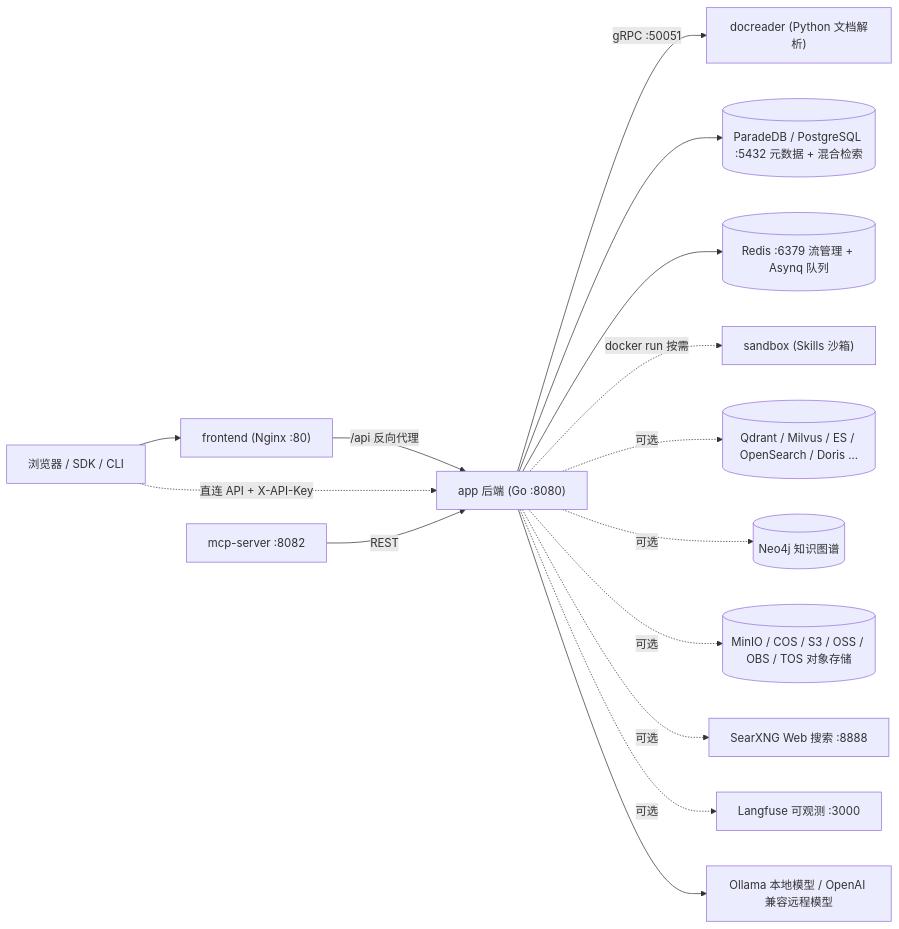
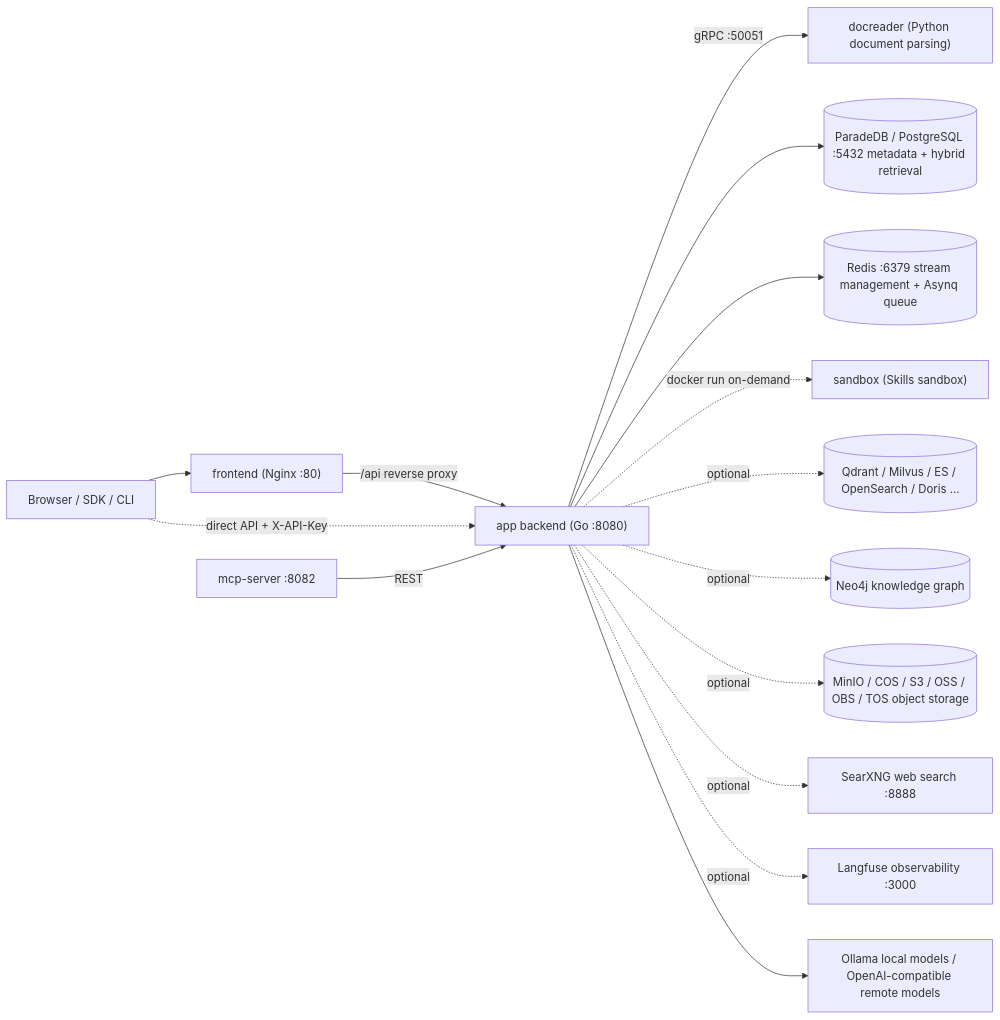
The second of 2 diagrams in website-docs/01-getting-started/01-introduction.md (quantmind-br/WeKnora), drawn with Mermaid before and after one commit. The commit also changed other lines of this file and 27 other files, not shown here.

First line of the commit message:
i18n: translate remaining docs diagrams, anchors, code samples and API examples

````diff
--- a/website-docs/01-getting-started/01-introduction.md
+++ b/website-docs/01-getting-started/01-introduction.md
@@ -141,17 +141,17 @@
 ```mermaid
 flowchart LR
-    Browser["浏览器 / SDK / CLI"] --> FE["frontend (Nginx :80)"]
-    FE -- "/api 反向代理" --> APP["app 后端 (Go :8080)"]
-    Browser -. "直连 API + X-API-Key" .-> APP
-    APP -- "gRPC :50051" --> DR["docreader (Python 文档解析)"]
-    APP --> PG[("ParadeDB / PostgreSQL :5432 元数据 + 混合检索")]
-    APP --> RD[("Redis :6379 流管理 + Asynq 队列")]
-    APP -. "docker run 按需" .-> SB["sandbox (Skills 沙箱)"]
-    APP -. "可选" .-> VDB[("Qdrant / Milvus / ES / OpenSearch / Doris ...")]
-    APP -. "可选" .-> NEO[("Neo4j 知识图谱")]
-    APP -. "可选" .-> OSS[("MinIO / COS / S3 / OSS / OBS / TOS 对象存储")]
-    APP -. "可选" .-> SX["SearXNG Web 搜索 :8888"]
-    APP -. "可选" .-> LF["Langfuse 可观测 :3000"]
-    APP --> LLM["Ollama 本地模型 / OpenAI 兼容远程模型"]
+    Browser["Browser / SDK / CLI"] --> FE["frontend (Nginx :80)"]
+    FE -- "/api reverse proxy" --> APP["app backend (Go :8080)"]
+    Browser -. "direct API + X-API-Key" .-> APP
+    APP -- "gRPC :50051" --> DR["docreader (Python document parsing)"]
+    APP --> PG[("ParadeDB / PostgreSQL :5432 metadata + hybrid retrieval")]
+    APP --> RD[("Redis :6379 stream management + Asynq queue")]
+    APP -. "docker run on-demand" .-> SB["sandbox (Skills sandbox)"]
+    APP -. "optional" .-> VDB[("Qdrant / Milvus / ES / OpenSearch / Doris ...")]
+    APP -. "optional" .-> NEO[("Neo4j knowledge graph")]
+    APP -. "optional" .-> OSS[("MinIO / COS / S3 / OSS / OBS / TOS object storage")]
+    APP -. "optional" .-> SX["SearXNG web search :8888"]
+    APP -. "optional" .-> LF["Langfuse observability :3000"]
+    APP --> LLM["Ollama local models / OpenAI-compatible remote models"]
     MCPS["mcp-server :8082"] -- "REST" --> APP
 ```
````
